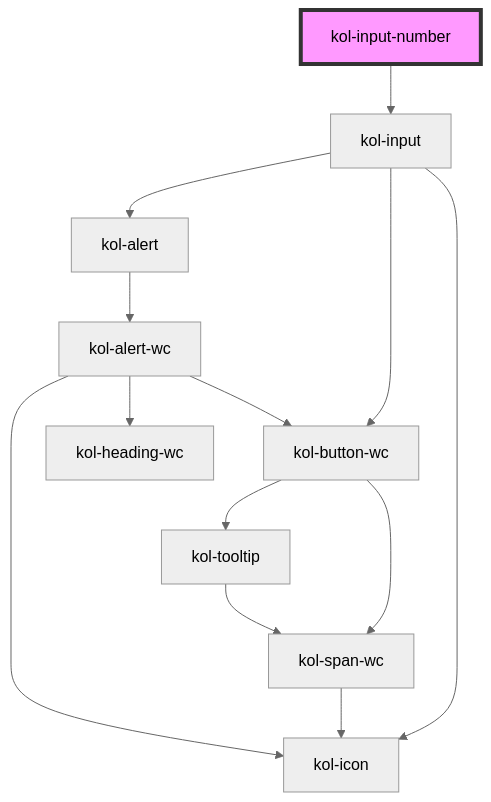
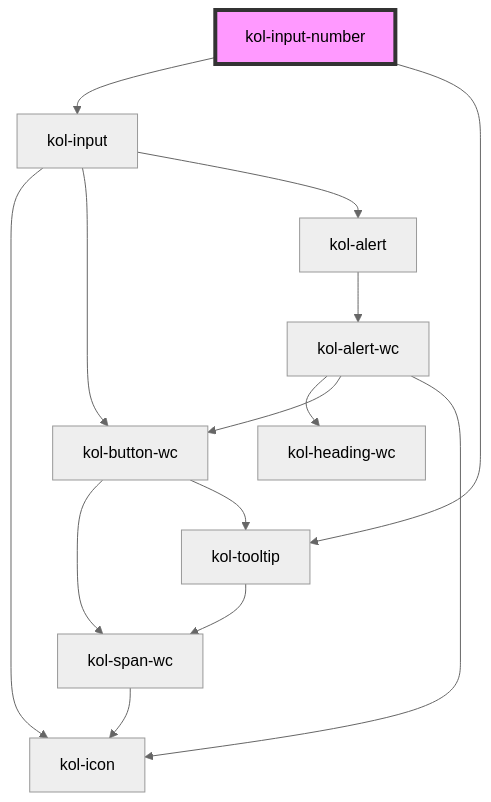
Before and after one commit to public-ui/kolibri: the diagram in packages/components/src/components/input-number/readme.md, drawn with Mermaid (neutral theme). The commit also changed other lines of this file and 96 other files, not shown here.

````diff
--- a/packages/components/src/components/input-number/readme.md
+++ b/packages/components/src/components/input-number/readme.md
@@ -79,16 +81,17 @@
 ```mermaid
 graph TD;
   kol-input-number --> kol-input
+  kol-input-number --> kol-tooltip
   kol-input --> kol-icon
   kol-input --> kol-button-wc
   kol-input --> kol-alert
   kol-button-wc --> kol-span-wc
   kol-button-wc --> kol-tooltip
   kol-span-wc --> kol-icon
   kol-tooltip --> kol-span-wc
   kol-alert --> kol-alert-wc
   kol-alert-wc --> kol-heading-wc
   kol-alert-wc --> kol-button-wc
   kol-alert-wc --> kol-icon
   style kol-input-number fill:#f9f,stroke:#333,stroke-width:4px
 ```
````
